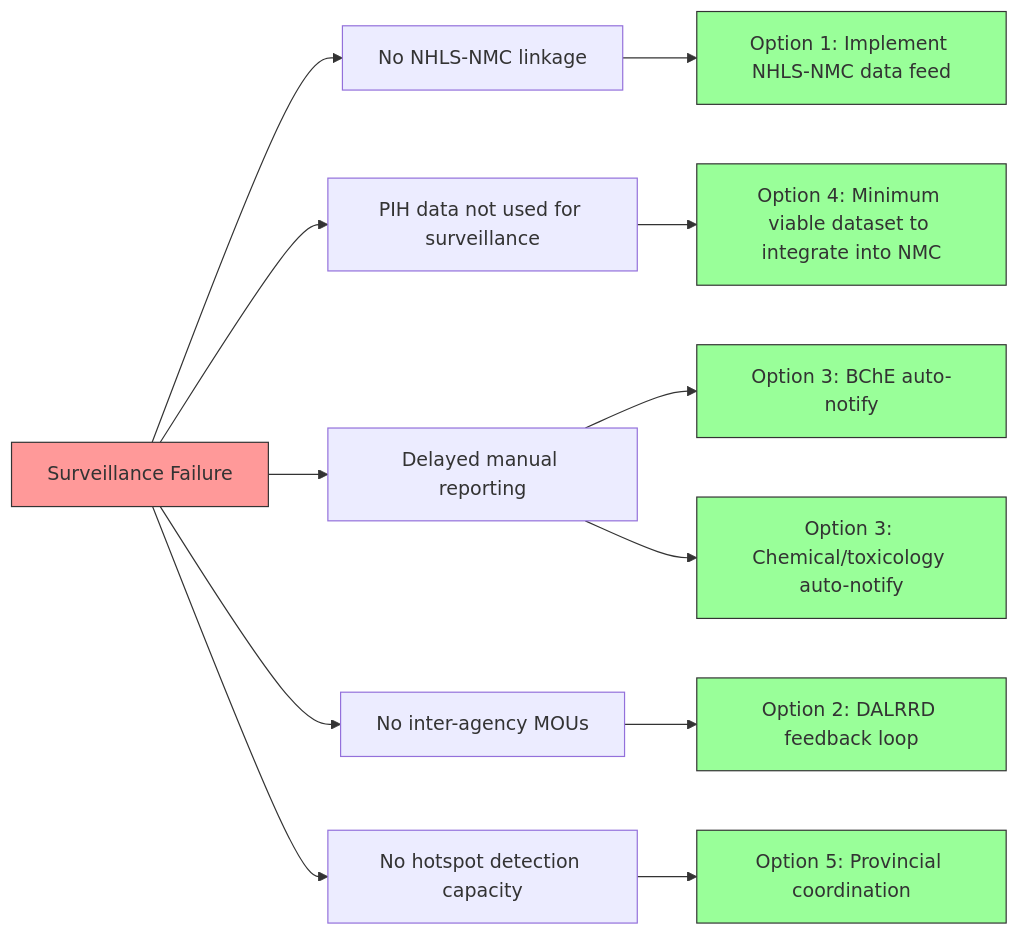
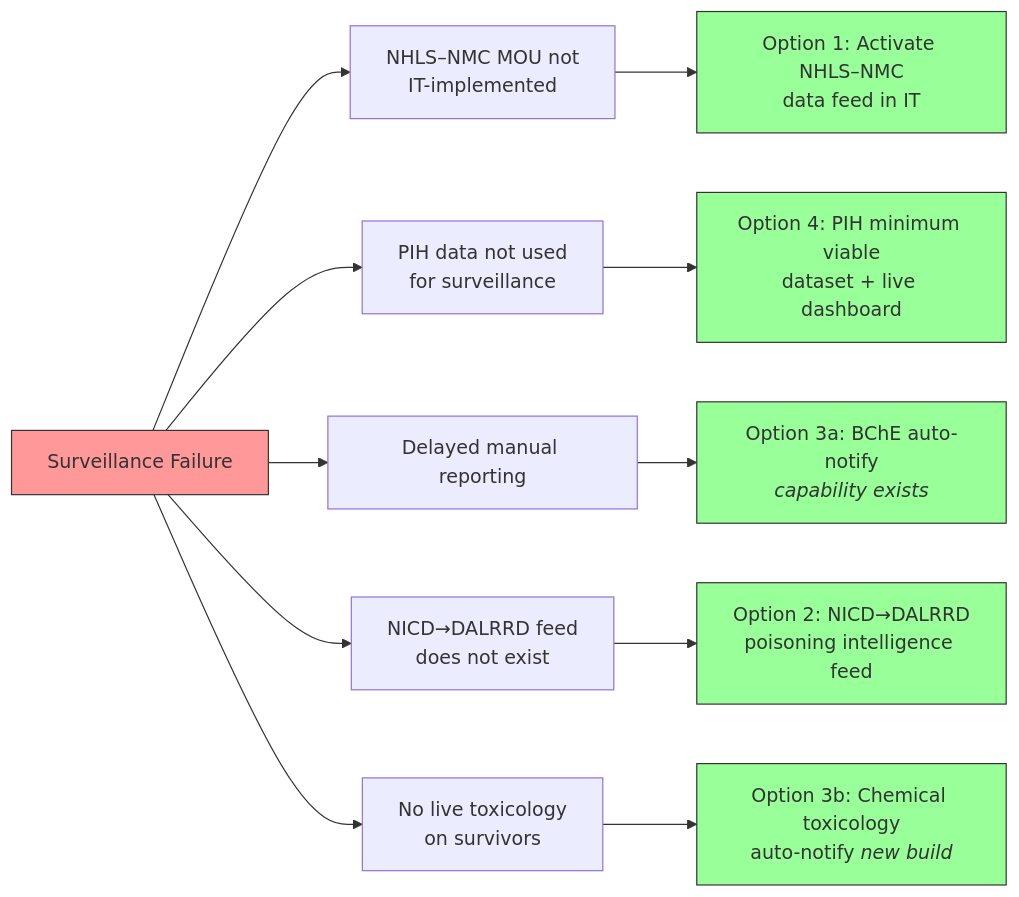
Before and after one commit to bridaybrummer/D2P_project: the second of 4 diagrams in posts/policy_brief.qmd, drawn with Mermaid. The commit also changed other lines of this file and 2 other files, not shown here.

Commit message:
Policy brief: restructure options - MOU exists/IT-implement, NICD->DALRRD, split 3a/3b, PIH dashboard+MVD, drop Option 5

````diff
--- a/posts/policy_brief.qmd
+++ b/posts/policy_brief.qmd
@@ -91,25 +91,23 @@
 ```{mermaid}
 %%| label: fig-fishbone
 %%| fig-cap: "Root causes of surveillance failure and the policy options that address them"
 flowchart LR
-    A[Surveillance Failure] --> B[No NHLS-NMC linkage]
-    A --> C[PIH data not used for surveillance]
+    A[Surveillance Failure] --> B[NHLS–NMC MOU not<br/>IT-implemented]
+    A --> C[PIH data not used<br/>for surveillance]
     A --> D[Delayed manual reporting]
-    A --> E[No inter-agency MOUs]
-    A --> F[No hotspot detection capacity]
-    
-    B --> G[Option 1: Implement NHLS-NMC data feed]
-    C --> H[Option 4: Minimum viable dataset to integrate into NMC]
-    D --> I[Option 3: BChE auto-notify]
-    D --> J[Option 3: Chemical/toxicology auto-notify]
-    E --> K[Option 2: DALRRD feedback loop]
-    F --> L[Option 5: Provincial coordination]
-    
+    A --> E[NICD→DALRRD feed<br/>does not exist]
+    A --> F[No live toxicology<br/>on survivors]
+
+    B --> G[Option 1: Activate NHLS–NMC<br/>data feed in IT]
+    C --> H[Option 4: PIH minimum viable<br/>dataset + live dashboard]
+    D --> I[Option 3a: BChE auto-notify<br/><i>capability exists</i>]
+    F --> J[Option 3b: Chemical toxicology<br/>auto-notify <i>new build</i>]
+    E --> K[Option 2: NICD→DALRRD<br/>poisoning intelligence feed]
+
     style A fill:#f99,stroke:#333
     style G fill:#9f9,stroke:#333
     style H fill:#9f9,stroke:#333
     style I fill:#9f9,stroke:#333
     style J fill:#9f9,stroke:#333
     style K fill:#9f9,stroke:#333
-    style L fill:#9f9,stroke:#333
 ```
````
